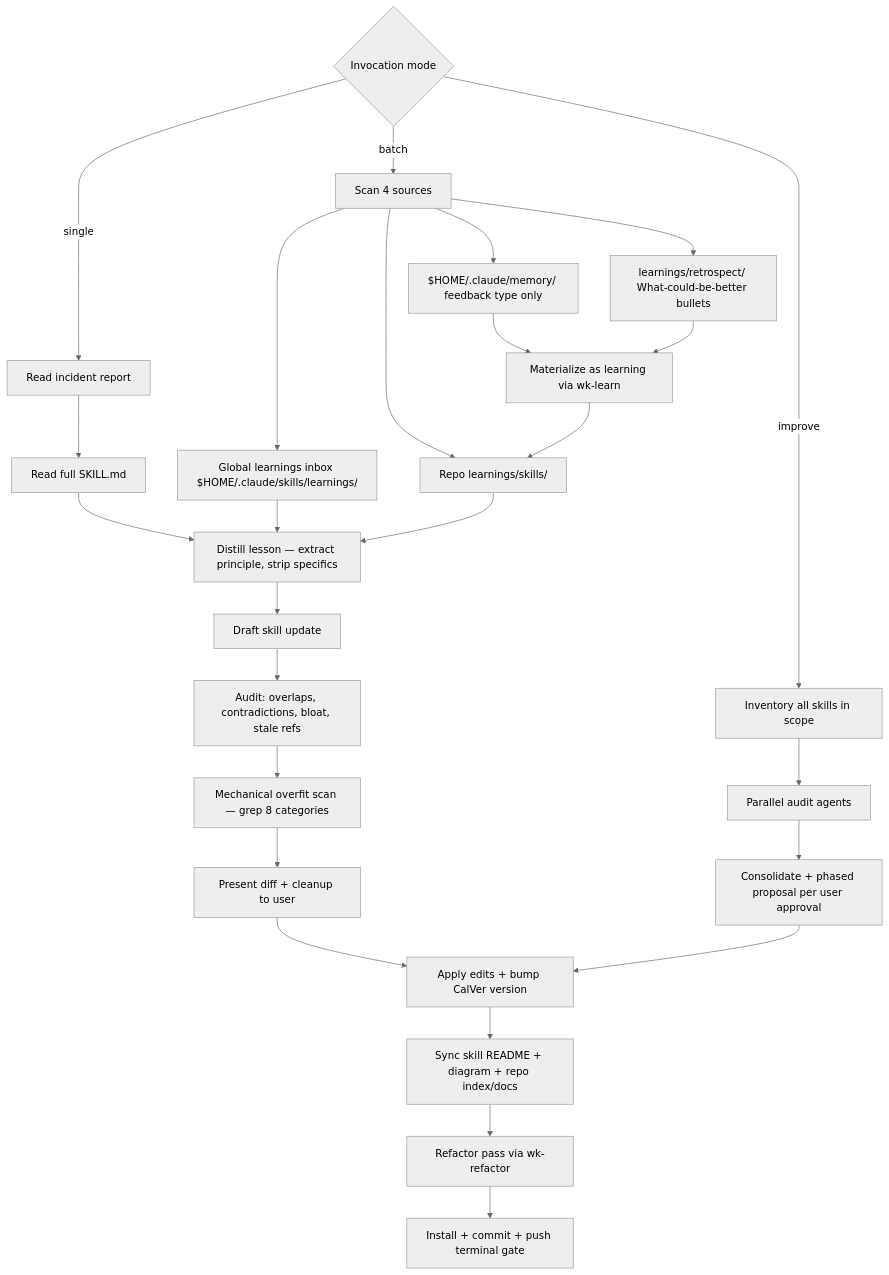
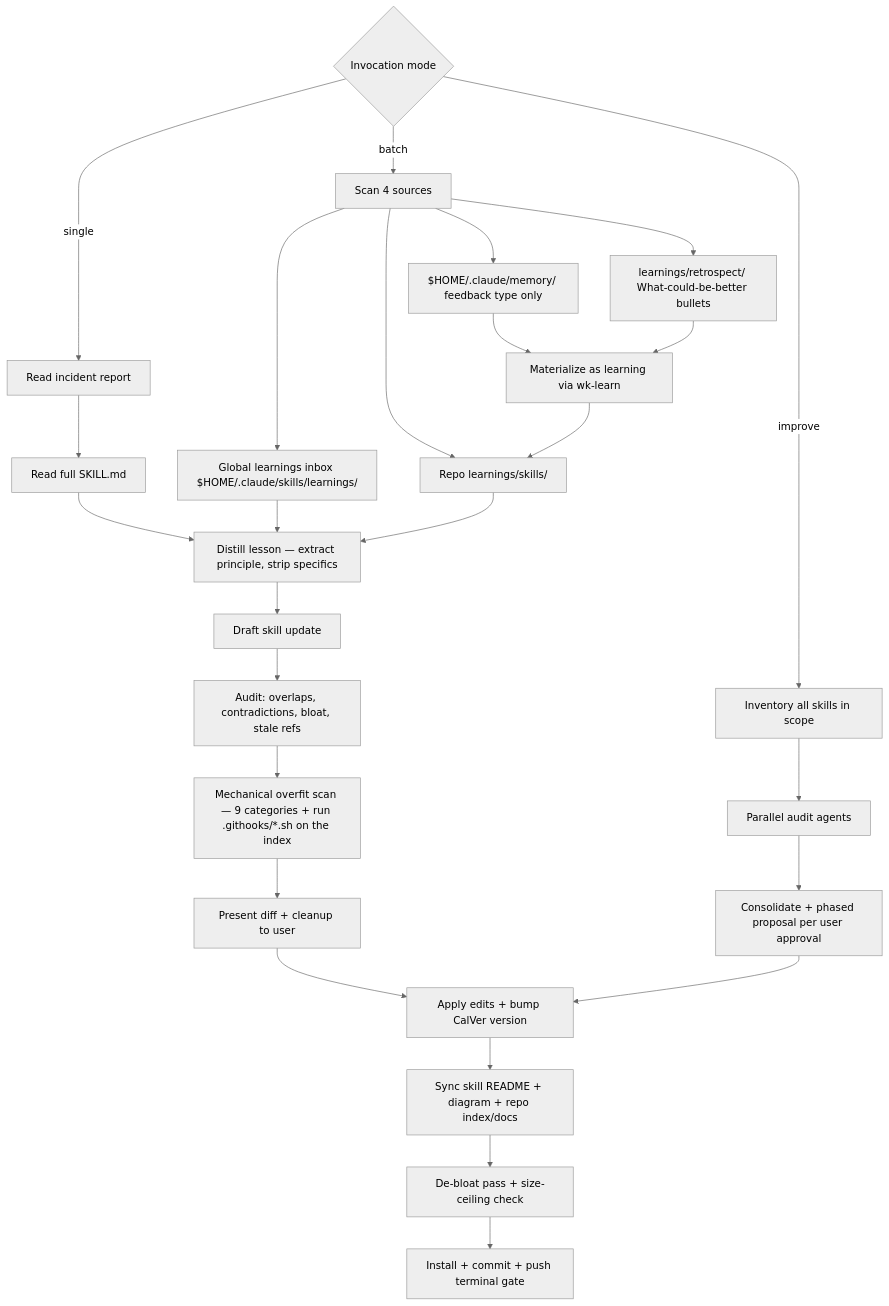
Before and after one commit to whizzzkid/skills: the diagram in skills/sharpen/README.md, drawn with Mermaid (neutral theme). The commit also changed other lines of this file and 9 other files, not shown here.

First line of the commit message:
fix(skills): 🛡️ sharpen + learn — run owning hooks, never reimplement their matcher

````diff
--- a/skills/sharpen/README.md
+++ b/skills/sharpen/README.md
@@ -16,28 +16,27 @@
 ```mermaid
 flowchart TD
     A{Invocation mode} -->|single| B[Read incident report]
     A -->|batch| G[Scan 4 sources]
     A -->|improve| K[Inventory all skills in scope]
     B --> C[Read full SKILL.md]
     C --> D[Distill lesson — extract principle, strip specifics]
     D --> E[Draft skill update]
     E --> F[Audit: overlaps, contradictions, bloat, stale refs]
-    F --> F2[Mechanical overfit scan — grep 8 categories]
+    F --> F2[Mechanical overfit scan — 9 categories + run .githooks/*.sh on the index]
     F2 --> P[Present diff + cleanup to user]
     P --> Q[Apply edits + bump CalVer version]
     Q --> Q2[Sync skill README + diagram + repo index/docs]
-    Q2 --> R[Refactor pass via wk-refactor]
+    Q2 --> R[De-bloat pass + size-ceiling check]
     R --> S[Install + commit + push terminal gate]
     G --> G1[Global learnings inbox $HOME/.claude/skills/learnings/]
     G --> G2[Repo learnings/skills/]
     G --> G3[$HOME/.claude/memory/ feedback type only]
     G --> G4[learnings/retrospect/ What-could-be-better bullets]
     G3 --> GM[Materialize as learning via wk-learn]
     G4 --> GM
     GM --> G2
     G1 & G2 --> D
     K --> L[Parallel audit agents]
     L --> M[Consolidate + phased proposal per user approval]
     M --> Q
-    click R href "https://github.com/whizzzkid/skills/blob/main/skills/refactor/README.md" _blank
 ```
````
